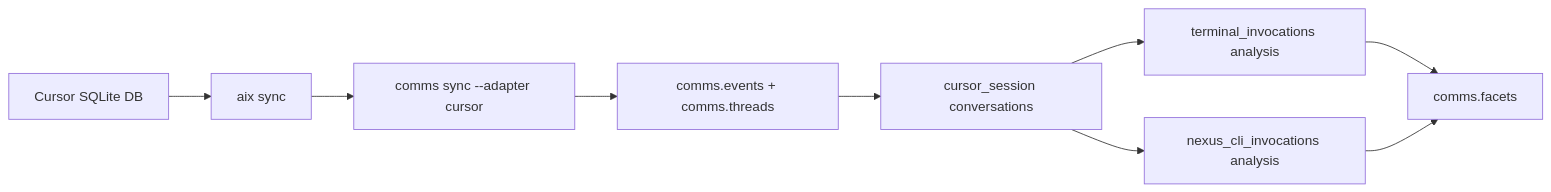
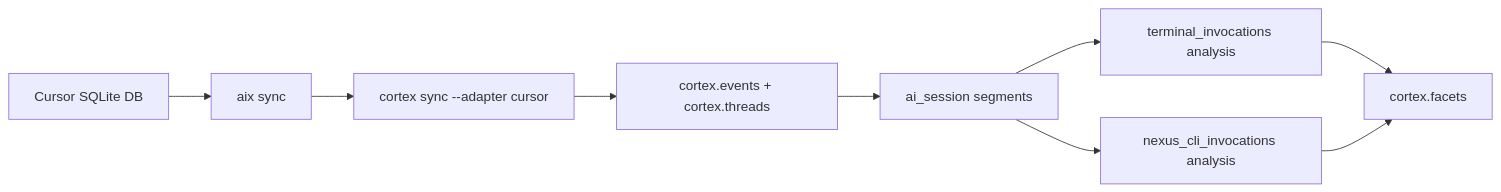
One commit to Napageneral/mnemonic changed the diagram in docs/CURSOR_TOOL_INVOCATION_PIPELINE.md. Above: the diagram before and after it, drawn with Mermaid. The commit also changed other lines of this file and 42 other files, not shown here.

````diff
--- a/docs/CURSOR_TOOL_INVOCATION_PIPELINE.md
+++ b/docs/CURSOR_TOOL_INVOCATION_PIPELINE.md
@@ -21,15 +21,15 @@
 ```mermaid
 flowchart LR
   CursorDB["Cursor SQLite DB"]
   AIX["aix sync"]
-  CommsSync["comms sync --adapter cursor"]
-  Events["comms.events + comms.threads"]
-  Chunk["cursor_session conversations"]
+  CortexSync["cortex sync --adapter cursor"]
+  Events["cortex.events + cortex.threads"]
+  Chunk["ai_session segments"]
   ExtractTerminal["terminal_invocations analysis"]
   ExtractNexus["nexus_cli_invocations analysis"]
-  Facets["comms.facets"]
+  Facets["cortex.facets"]
 
-  CursorDB --> AIX --> CommsSync --> Events --> Chunk
+  CursorDB --> AIX --> CortexSync --> Events --> Chunk
   Chunk --> ExtractTerminal --> Facets
   Chunk --> ExtractNexus --> Facets
 ```
````
